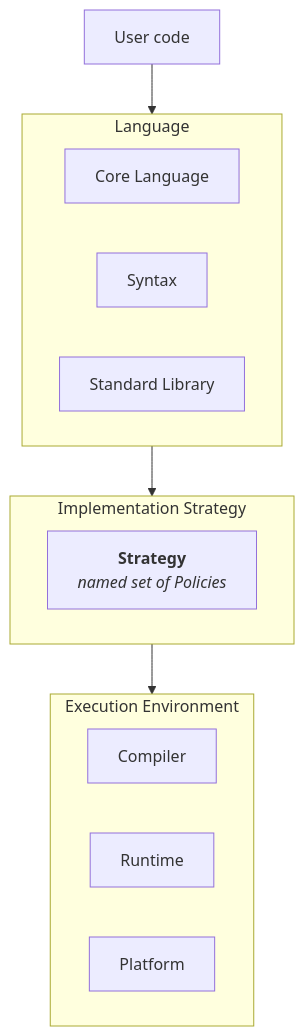
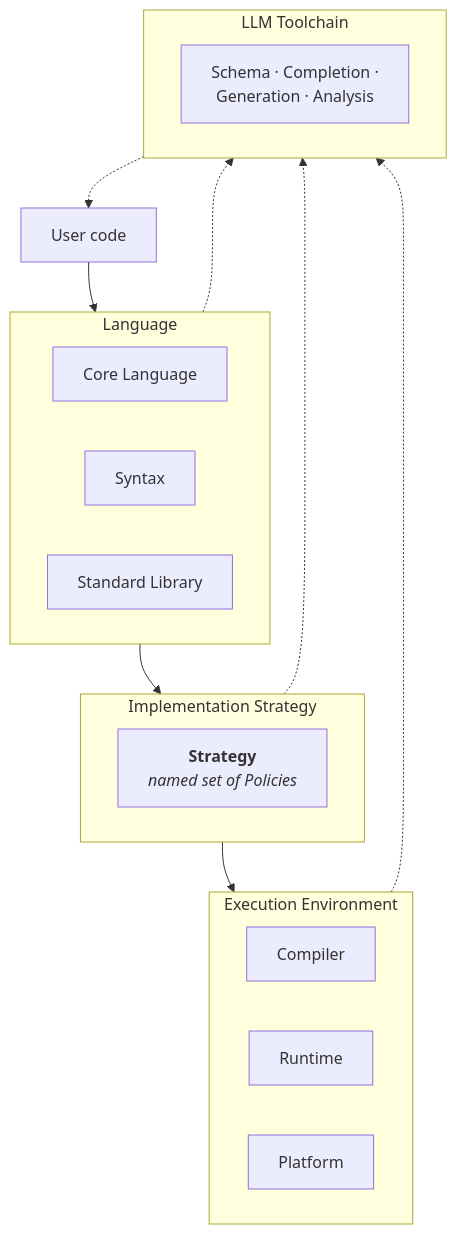
One commit to orthon-lang/docs changed the first of 3 diagrams in how/architecture/ARCHITECTURE.md. Above: the diagram before and after it, drawn with Mermaid. The commit also changed other lines of this file and 9 other files, not shown here.

````diff
--- a/how/architecture/ARCHITECTURE.md
+++ b/how/architecture/ARCHITECTURE.md
@@ -22,25 +22,33 @@
 ``` mermaid
 flowchart TD
     UC["User code"]
 
     subgraph LANG["Language"]
         CL["Core Language"]
         SX["Syntax"]
         SL["Standard Library"]
     end
 
     subgraph STRAT["Implementation Strategy"]
         direction LR
         STRAT_LBL["<b>Strategy</b><br/><i>named set of Policies</i>"]
     end
 
     subgraph EXEC["Execution Environment"]
         C["Compiler"]
         R["Runtime"]
         P["Platform"]
     end
 
+    subgraph LLM["LLM Toolchain"]
+        LLM_LBL["Schema · Completion ·<br/>Generation · Analysis"]
+    end
+
     UC --> LANG
     LANG --> STRAT
     STRAT --> EXEC
+    LANG -.-> LLM
+    STRAT -.-> LLM
+    EXEC -.-> LLM
+    LLM -.-> UC
 ```
````
